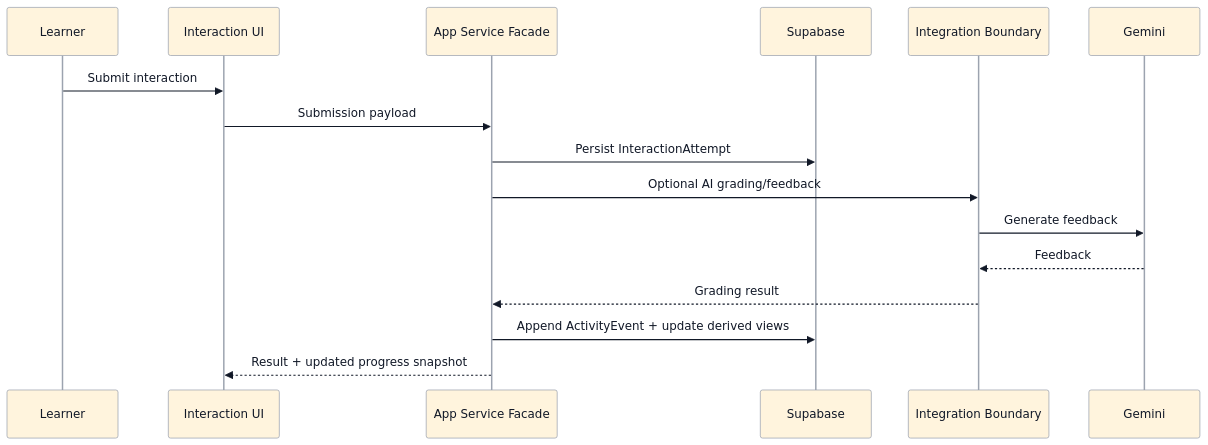
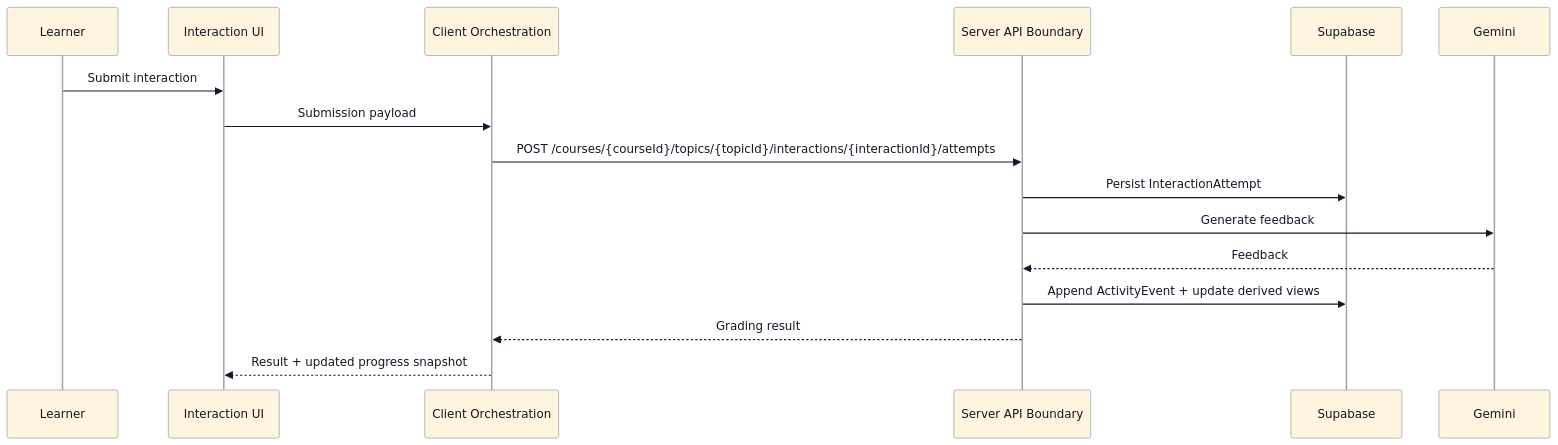
One commit to leesjensen/masteryls changed the fifth of 5 diagrams in specification/architecture-system.md. Above: the diagram before and after it, drawn with Mermaid. The commit also changed other lines of this file and 9 other files, not shown here.

Commit message:
spec: formalize API contracts and server boundary

````diff
--- a/specification/architecture-system.md
+++ b/specification/architecture-system.md
@@ -210,20 +247,20 @@
 ```mermaid
 %%{init: {"theme": "base", "themeVariables": {"background": "#ffffff", "lineColor": "#9ca3af", "primaryBorderColor": "#9ca3af", "secondaryBorderColor": "#9ca3af", "tertiaryBorderColor": "#9ca3af", "clusterBorder": "#9ca3af", "edgeLabelBackground": "#ffffff", "primaryTextColor": "#111827"}}}%%
 sequenceDiagram
   participant L as Learner
   participant UI as Interaction UI
-  participant OPS as App Service Facade
+  participant OPS as Client Orchestration
+  participant API as Server API Boundary
   participant DB as Supabase
-  participant FX as Integration Boundary
   participant GM as Gemini
 
   L->>UI: Submit interaction
   UI->>OPS: Submission payload
-  OPS->>DB: Persist InteractionAttempt
-  OPS->>FX: Optional AI grading/feedback
-  FX->>GM: Generate feedback
-  GM-->>FX: Feedback
-  FX-->>OPS: Grading result
-  OPS->>DB: Append ActivityEvent + update derived views
+  OPS->>API: POST /courses/{courseId}/topics/{topicId}/interactions/{interactionId}/attempts
+  API->>DB: Persist InteractionAttempt
+  API->>GM: Generate feedback
+  GM-->>API: Feedback
+  API->>DB: Append ActivityEvent + update derived views
+  API-->>OPS: Grading result
   OPS-->>UI: Result + updated progress snapshot
 ```
````
